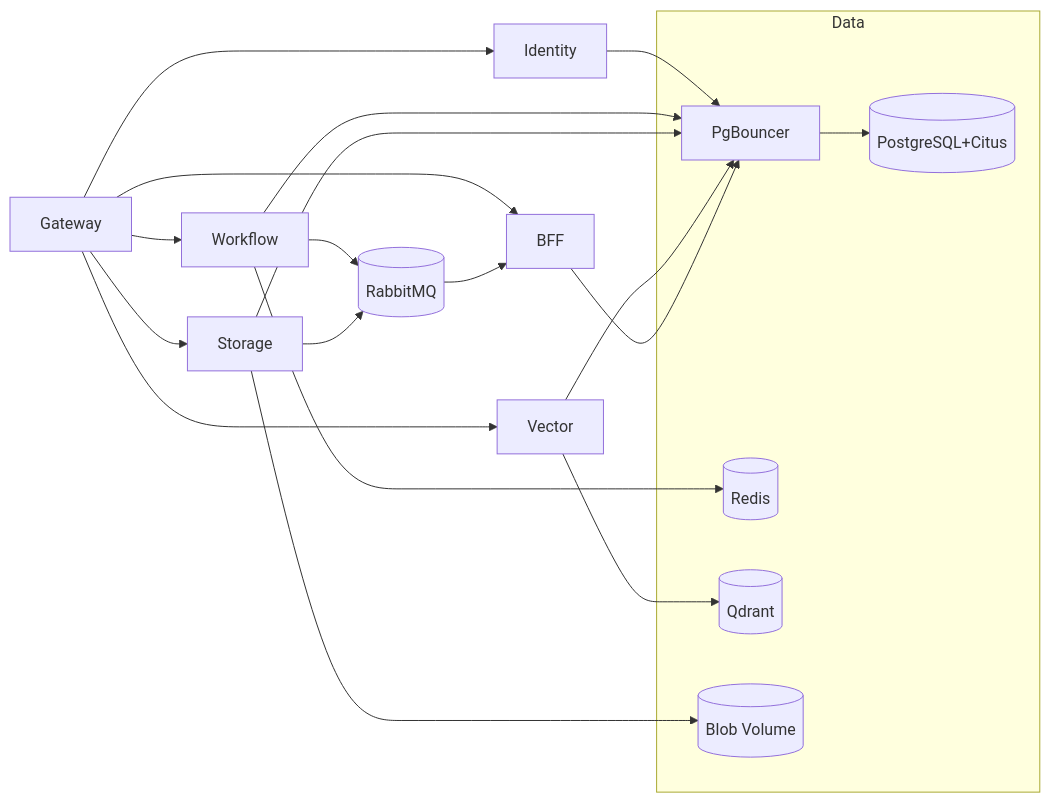
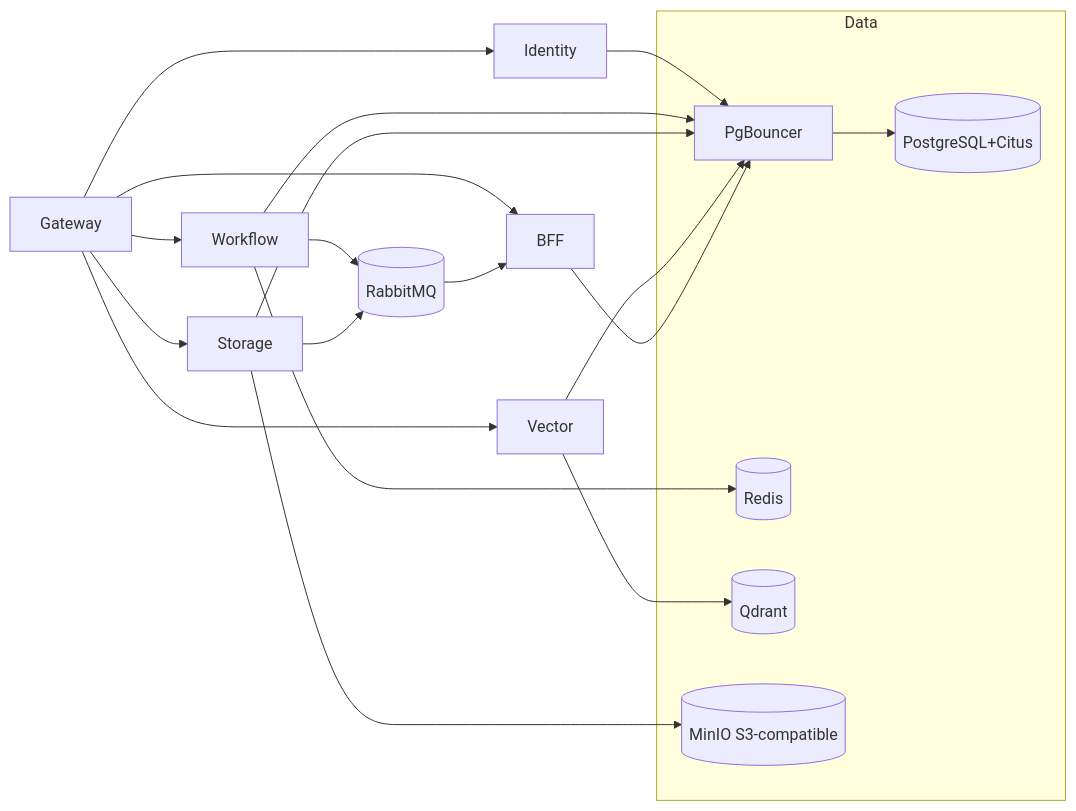
The second of 4 diagrams in TansuCloud.Gateway/Docs/Onboarding.md (Quenton123/TansuCloud), drawn with Mermaid before and after one commit. The commit also changed other lines of this file and 2 other files, not shown here.

First line of the commit message:
Enhance storage service and update documentation

````diff
--- a/TansuCloud.Gateway/Docs/Onboarding.md
+++ b/TansuCloud.Gateway/Docs/Onboarding.md
@@ -191,26 +193,26 @@
 ```mermaid
 graph LR
   Gateway --> Identity
   Gateway --> Workflow
   Gateway --> Storage
   Gateway --> Vector
   Gateway --> BFF
   Workflow --> RMQ[(RabbitMQ)]
   Storage --> RMQ
   RMQ --> BFF
   subgraph Data
     PgB[PgBouncer]
     Citus[(PostgreSQL+Citus)]
     Redis[(Redis)]
     Qdrant[(Qdrant)]
-    Blob[(Blob Volume)]
+    MinIO[(MinIO S3-compatible)]
   end
   Identity --> PgB --> Citus
   Workflow --> PgB
   Storage --> PgB
   Vector --> PgB
   BFF --> PgB
   Workflow --> Redis
-  Storage --> Blob
+  Storage --> MinIO
   Vector --> Qdrant
 ```
````
